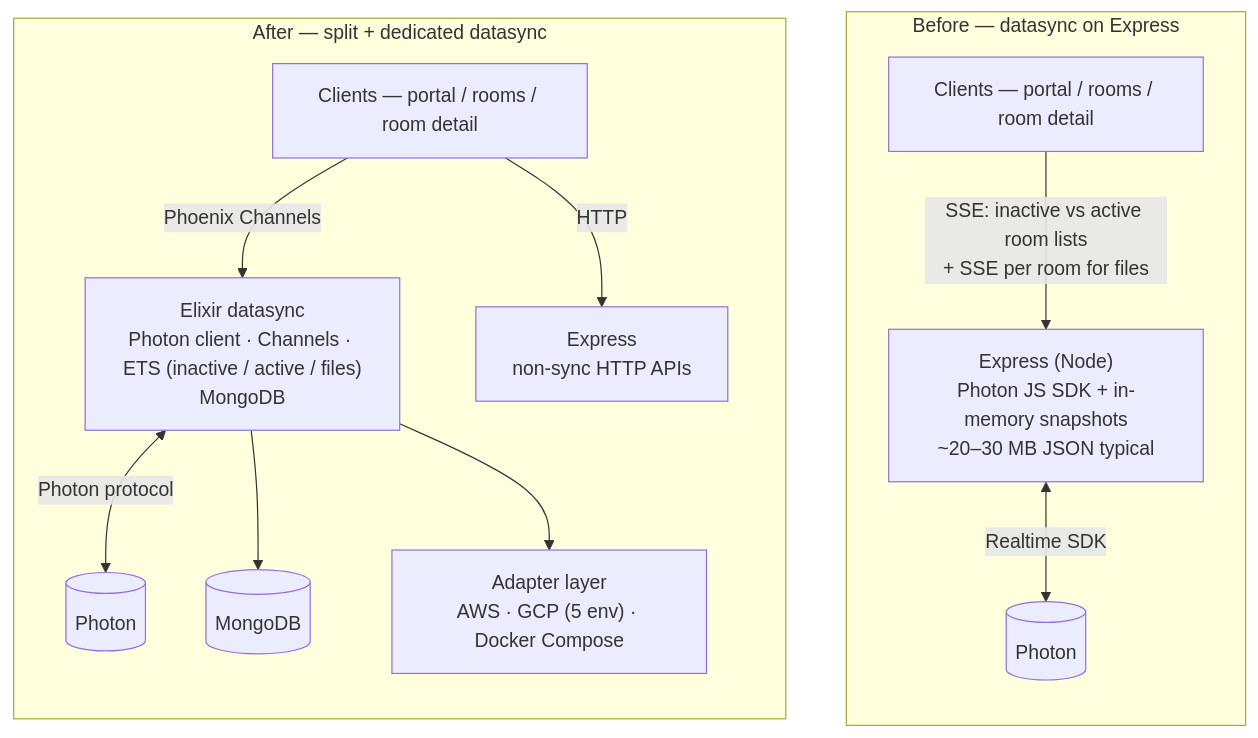
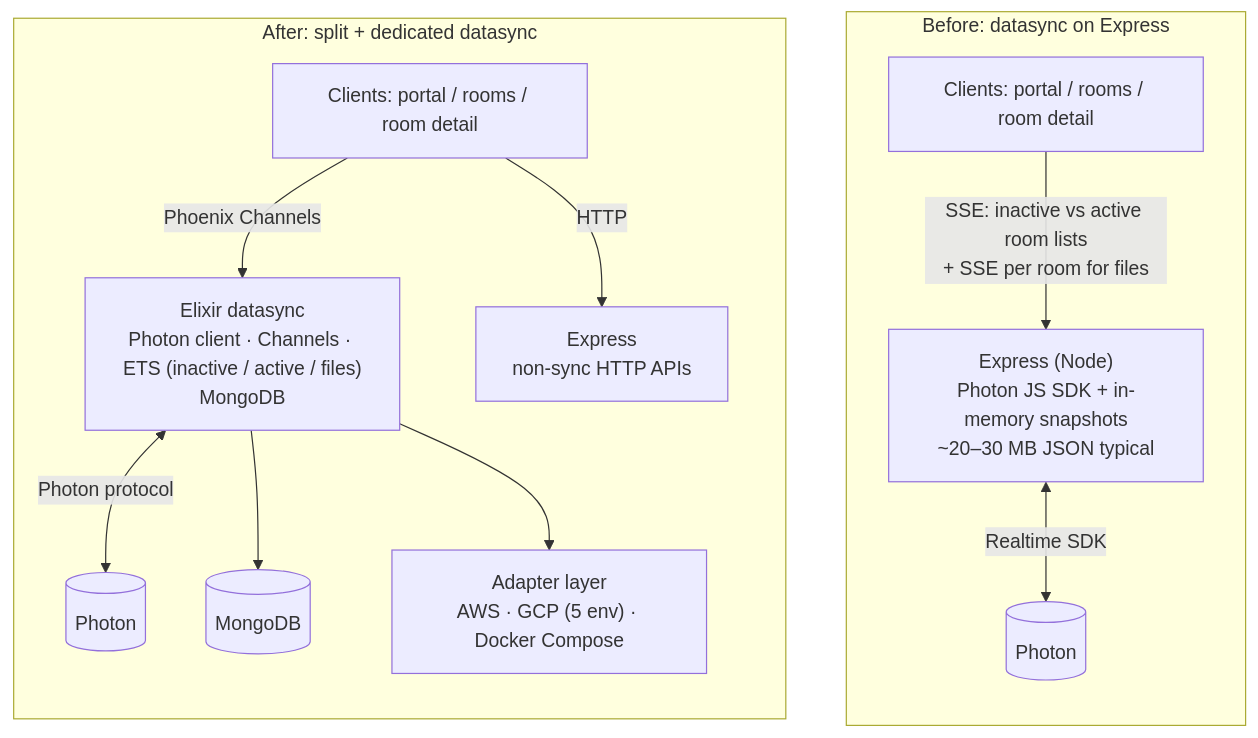
The diagram in src/data/architecture/photon-elixir-phoenix.mmd (malik-sohaib-dev/malik-sohaib-portfolio), drawn with Mermaid before and after one commit. The commit also changed 14 other files, not shown here.

```diff
--- a/src/data/architecture/photon-elixir-phoenix.mmd
+++ b/src/data/architecture/photon-elixir-phoenix.mmd
@@ -1,20 +1,20 @@
 flowchart TB
-  subgraph before["Before — datasync on Express"]
+  subgraph before["Before: datasync on Express"]
     direction TB
-    B1["Clients — portal / rooms / room detail"]
+    B1["Clients: portal / rooms / room detail"]
     E["Express (Node)<br/>Photon JS SDK + in-memory snapshots<br/>~20–30 MB JSON typical"]
     B1 -->|"SSE: inactive vs active room lists<br/>+ SSE per room for files"| E
     E <-->|Realtime SDK| PH1[("Photon")]
   end
 
-  subgraph after["After — split + dedicated datasync"]
+  subgraph after["After: split + dedicated datasync"]
     direction TB
-    B2["Clients — portal / rooms / room detail"]
+    B2["Clients: portal / rooms / room detail"]
     DS["Elixir datasync<br/>Photon client · Channels · ETS (inactive / active / files)<br/>MongoDB"]
     EX["Express<br/>non-sync HTTP APIs"]
     B2 -->|"Phoenix Channels"| DS
     B2 -->|"HTTP"| EX
     DS <-->|Photon protocol| PH2[("Photon")]
     DS --> DB[("MongoDB")]
     DS --> AD["Adapter layer<br/>AWS · GCP (5 env) · Docker Compose"]
   end
```
